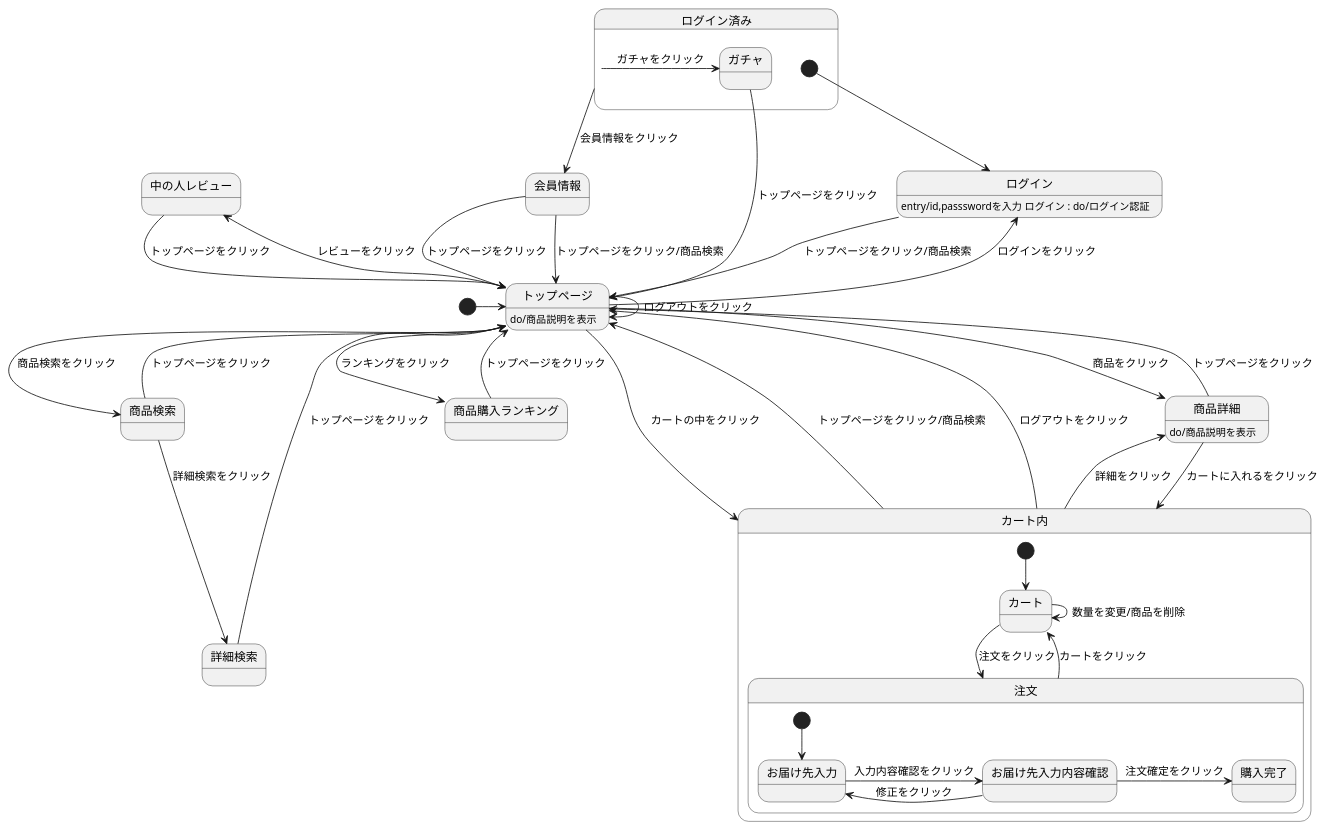
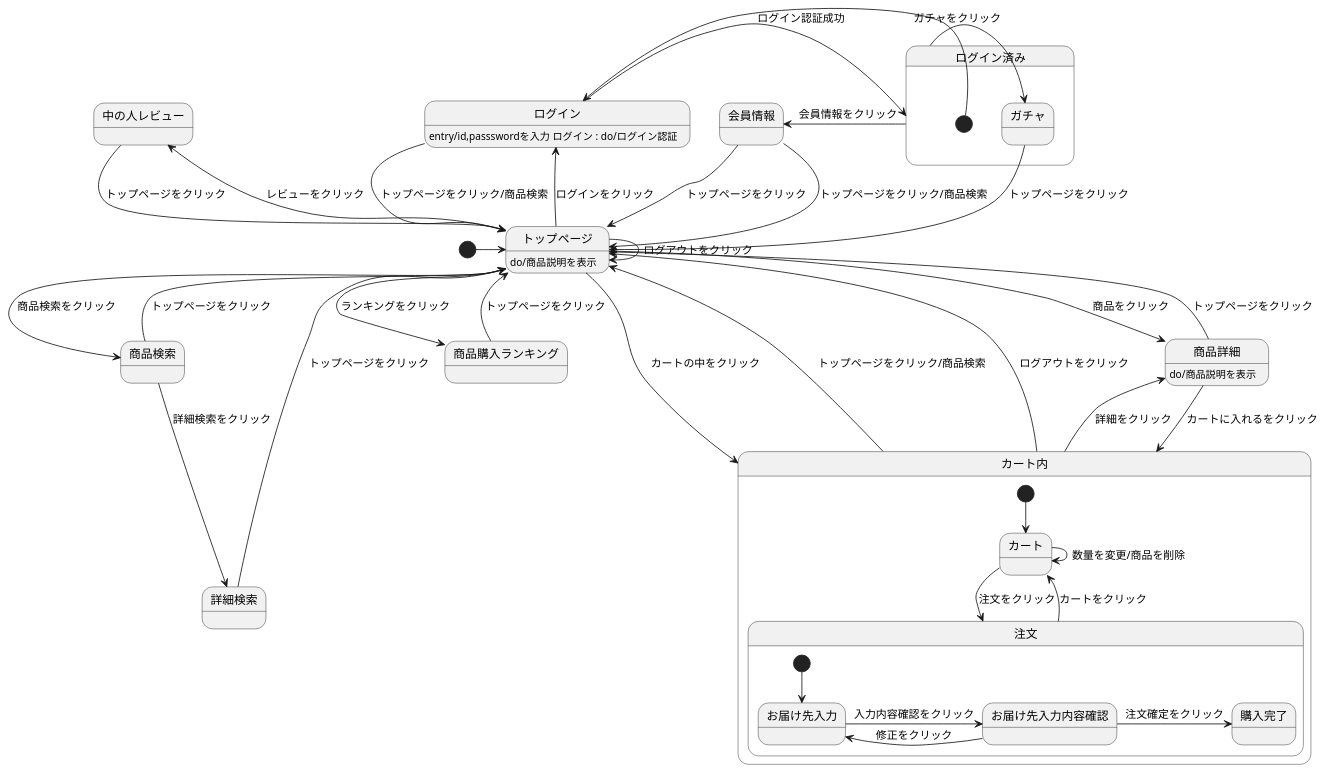
Before and after one commit to Aso2001220/2021sys-design: the diagram in 4_01.md, drawn with PlantUML.

````diff
--- a/4_01.md
+++ b/4_01.md
@@ -1,47 +1,48 @@
 ```uml
 @startuml
 
 [*] -> トップページ
 会員情報 --> トップページ : トップページをクリック/商品検索
 ログイン --> トップページ : トップページをクリック/商品検索
+ログイン --> ログイン済み : ログイン認証成功
 ログイン : entry/id,passswordを入力 ログイン : do/ログイン認証
 state ログイン済み{
 [*] --> ログイン
 ログイン済み -> 会員情報 : 会員情報をクリック
 ログイン済み -> ガチャ : ガチャをクリック
 ガチャ --> トップページ : トップページをクリック
 会員情報 --> トップページ : トップページをクリック
 }
 トップページ --> トップページ : ログアウトをクリック
 トップページ -> 商品検索 : 商品検索をクリック
 トップページ -> 商品詳細 : 商品をクリック
 トップページ -left-> ログイン : ログインをクリック
 トップページ -left-> 中の人レビュー : レビューをクリック
 トップページ -> 商品購入ランキング : ランキングをクリック
 トップページ --> カート内 : カートの中をクリック
 トップページ : do/商品説明を表示
 商品詳細 --> カート内 : カートに入れるをクリック
 商品詳細 --> トップページ : トップページをクリック
 商品詳細 : do/商品説明を表示
 カート内 -up-> トップページ : トップページをクリック/商品検索
 カート内 -up-> トップページ : ログアウトをクリック
 カート内 -> 商品詳細 : 詳細をクリック
 中の人レビュー --> トップページ : トップページをクリック
 商品検索 --> 詳細検索 : 詳細検索をクリック
 商品検索 --> トップページ : トップページをクリック
 詳細検索 --> トップページ : トップページをクリック
 商品購入ランキング --> トップページ : トップページをクリック
 state カート内{
 [*] --> カート 
 カート -> 注文 : 注文をクリック
 カート -> カート : 数量を変更/商品を削除
 注文 --> カート : カートをクリック
 state 注文{ 
 [*] --> お届け先入力
 お届け先入力 -> お届け先入力内容確認 : 入力内容確認をクリック
 お届け先入力内容確認 -> お届け先入力 : 修正をクリック
 お届け先入力内容確認 -> 購入完了 : 注文確定をクリック
 } 
 }
 @enduml
 ```
````
